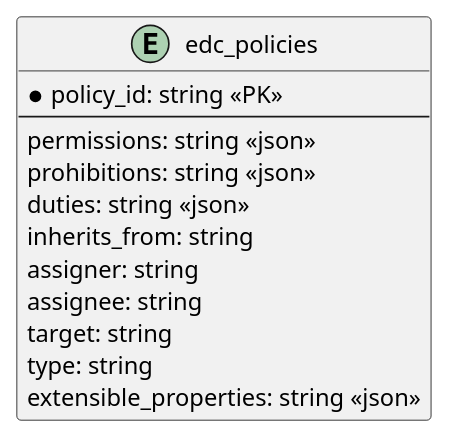
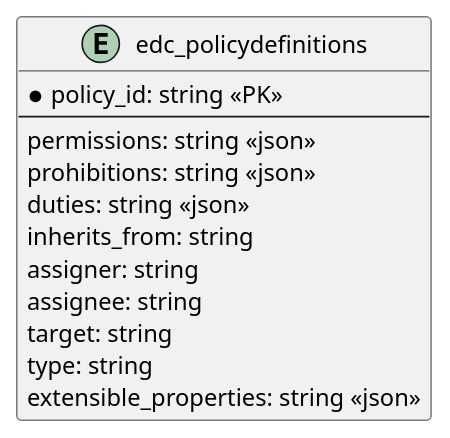
One commit to eclipse-edc/Connector changed the diagram in extensions/sql/policy-store-sql/docs/er.puml. Above: the diagram before and after it, drawn with PlantUML. The commit also changed 31 other files, not shown here.

```diff
--- a/extensions/sql/policy-store-sql/docs/er.puml
+++ b/extensions/sql/policy-store-sql/docs/er.puml
@@ -13,15 +13,15 @@
 @startuml
-entity edc_policies {
+entity edc_policydefinitions {
   * policy_id: string <<PK>>
   --
   permissions: string <<json>>
   prohibitions: string <<json>>
   duties: string <<json>>
   inherits_from: string
   assigner: string
   assignee: string
   target: string
   type: string
   extensible_properties: string <<json>>
 }
 @enduml
```
